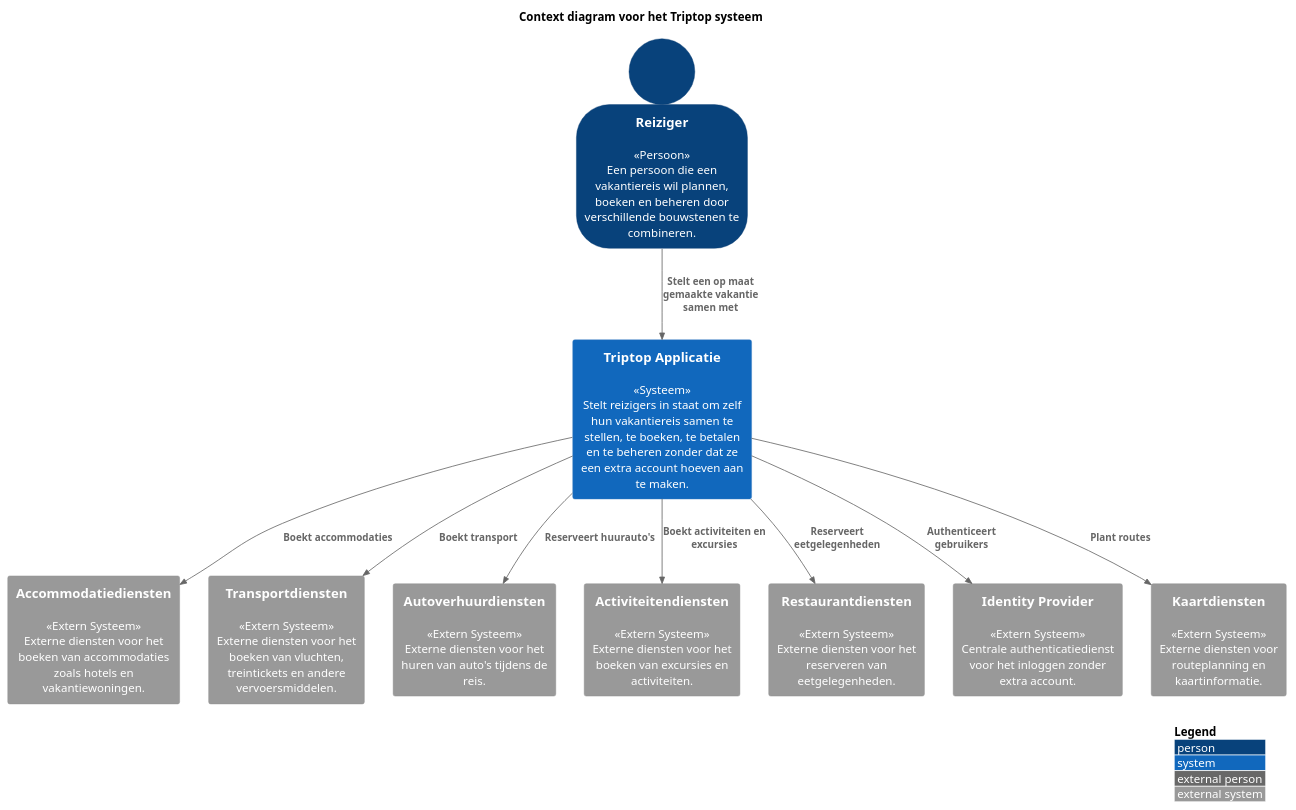
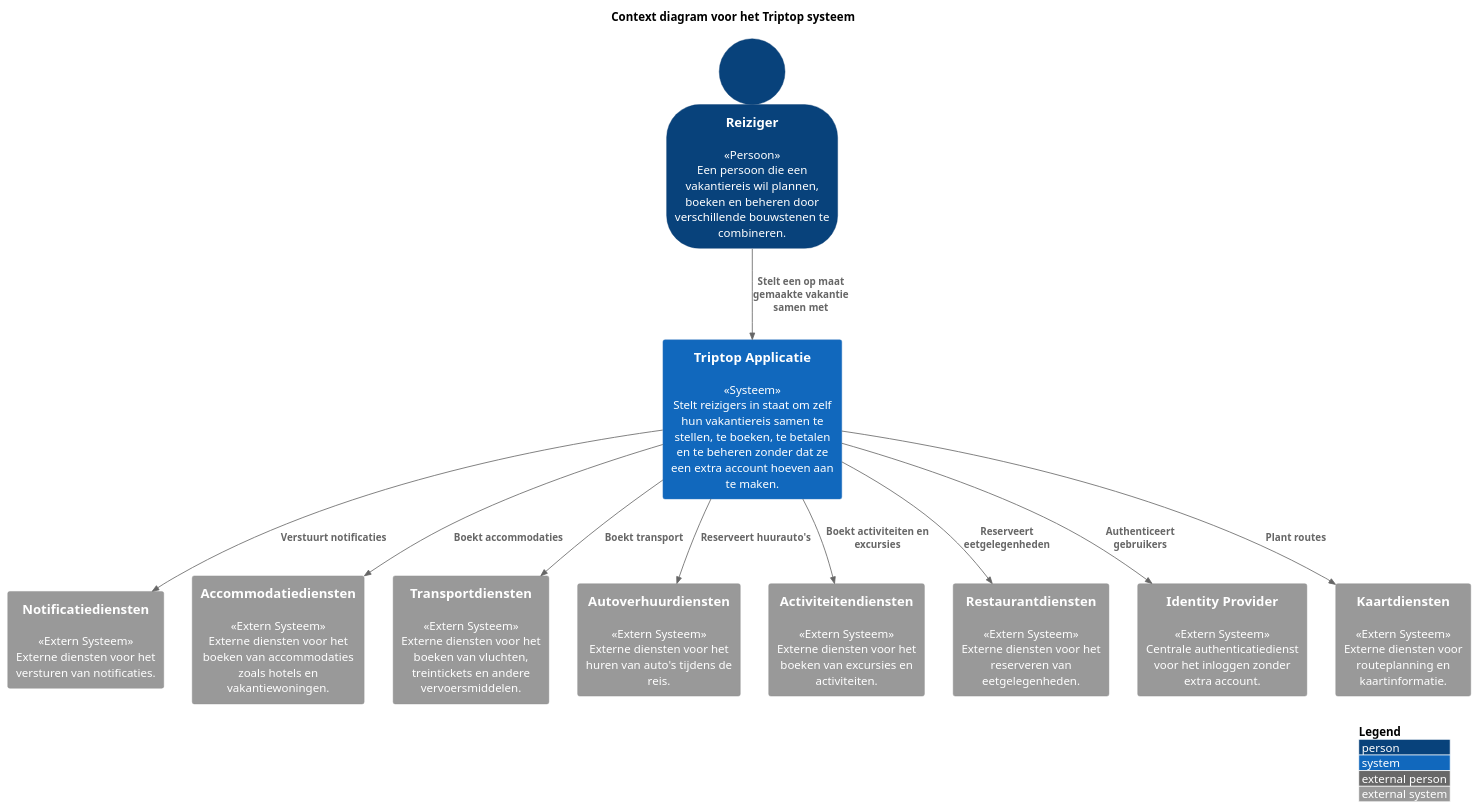
Before and after one commit to AIM-ENE-feb25/triptop-groep-1-met-third-wheel: the diagram in diagram/context/TriptopSystemContextDiagram.puml, drawn with PlantUML. The commit also changed 5 other files, not shown here.

```diff
--- a/diagram/context/TriptopSystemContextDiagram.puml
+++ b/diagram/context/TriptopSystemContextDiagram.puml
@@ -1,34 +1,36 @@
 @startuml "Context diagram voor het Triptop systeem"
 !include https://raw.githubusercontent.com/plantuml-stdlib/C4-PlantUML/master/C4_Context.puml
 
 SHOW_PERSON_OUTLINE()
 LAYOUT_WITH_LEGEND()
 
 title "Context diagram voor het Triptop systeem"
 
 ' Persons (top)
 Person(traveler, "Reiziger", "<<Persoon>>\nEen persoon die een vakantiereis wil plannen, boeken en beheren door verschillende bouwstenen te combineren.")
 
 ' System (middle)
 System(triptopSystem, "Triptop Applicatie", "<<Systeem>>\nStelt reizigers in staat om zelf hun vakantiereis samen te stellen, te boeken, te betalen en te beheren zonder dat ze een extra account hoeven aan te maken.")
 
 ' External systems (bottom) - Generalized
+System_Ext(notificationSystem, "Notificatiediensten", "<<Extern Systeem>>\nExterne diensten voor het versturen van notificaties.")
 System_Ext(accommodationSystem, "Accommodatiediensten", "<<Extern Systeem>>\nExterne diensten voor het boeken van accommodaties zoals hotels en vakantiewoningen.")
 System_Ext(transportSystem, "Transportdiensten", "<<Extern Systeem>>\nExterne diensten voor het boeken van vluchten, treintickets en andere vervoersmiddelen.")
 System_Ext(carRentalSystem, "Autoverhuurdiensten", "<<Extern Systeem>>\nExterne diensten voor het huren van auto's tijdens de reis.")
 System_Ext(activitySystem, "Activiteitendiensten", "<<Extern Systeem>>\nExterne diensten voor het boeken van excursies en activiteiten.")
 System_Ext(foodSystem, "Restaurantdiensten", "<<Extern Systeem>>\nExterne diensten voor het reserveren van eetgelegenheden.")
 System_Ext(identityProvider, "Identity Provider", "<<Extern Systeem>>\nCentrale authenticatiedienst voor het inloggen zonder extra account.")
 System_Ext(mapSystem, "Kaartdiensten", "<<Extern Systeem>>\nExterne diensten voor routeplanning en kaartinformatie.")
 
 ' Relations
 Rel(traveler, triptopSystem, "Stelt een op maat gemaakte vakantie samen met")
 
+Rel(triptopSystem, notificationSystem, "Verstuurt notificaties")
 Rel(triptopSystem, accommodationSystem, "Boekt accommodaties")
 Rel(triptopSystem, transportSystem, "Boekt transport")
 Rel(triptopSystem, carRentalSystem, "Reserveert huurauto's")
 Rel(triptopSystem, activitySystem, "Boekt activiteiten en excursies")
 Rel(triptopSystem, foodSystem, "Reserveert eetgelegenheden")
 Rel(triptopSystem, mapSystem, "Plant routes")
 Rel(triptopSystem, identityProvider, "Authenticeert gebruikers")
 @enduml
```
